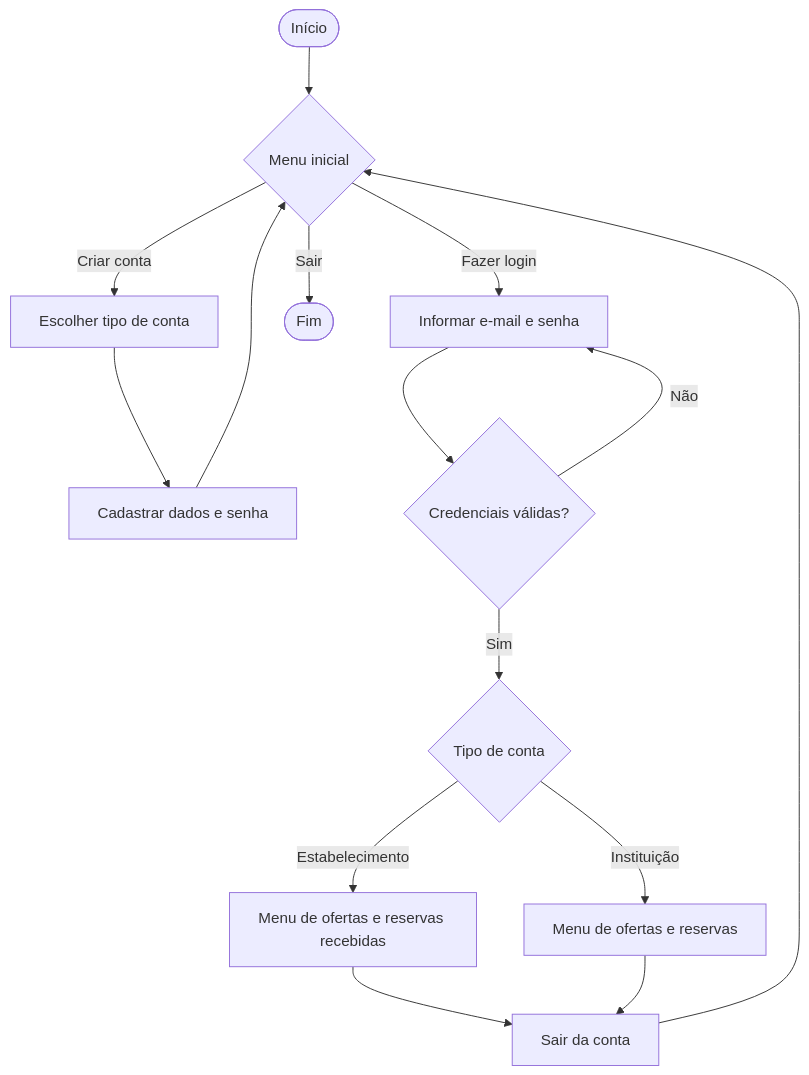
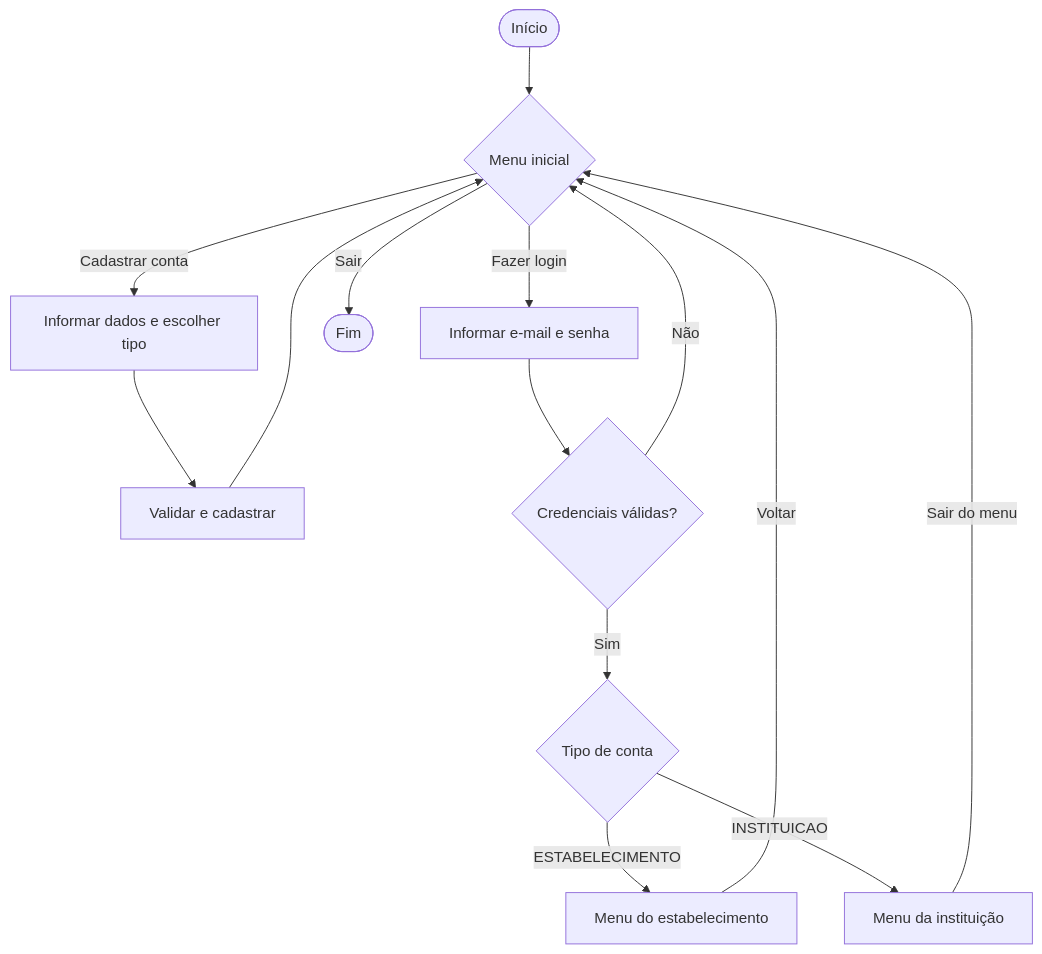
Before and after one commit to leonardocamilofrank-hue/Projeto-Integrador-Trabalho: the fifth of 5 diagrams in README.md, drawn with Mermaid. The commit also changed other lines of this file, not shown here.

Commit message:
Atualiza documentacao e diagramas do MesaViva

````diff
--- a/README.md
+++ b/README.md
@@ -301,17 +322,16 @@
 ```mermaid
 flowchart TD
     A([Início]) --> B{Menu inicial}
-    B -->|Criar conta| C[Escolher tipo de conta]
-    C --> D[Cadastrar dados e senha]
+    B -->|Cadastrar conta| C[Informar dados e escolher tipo]
+    C --> D[Validar e cadastrar]
     D --> B
     B -->|Fazer login| E[Informar e-mail e senha]
     E --> F{Credenciais válidas?}
-    F -->|Não| E
+    F -->|Não| B
     F -->|Sim| G{Tipo de conta}
-    G -->|Estabelecimento| H[Menu de ofertas e reservas recebidas]
-    G -->|Instituição| I[Menu de ofertas e reservas]
-    H --> J[Sair da conta]
-    I --> J
-    J --> B
+    G -->|ESTABELECIMENTO| H[Menu do estabelecimento]
+    G -->|INSTITUICAO| I[Menu da instituição]
+    H -->|Voltar| B
+    I -->|Sair do menu| B
     B -->|Sair| K([Fim])
 ```
````
